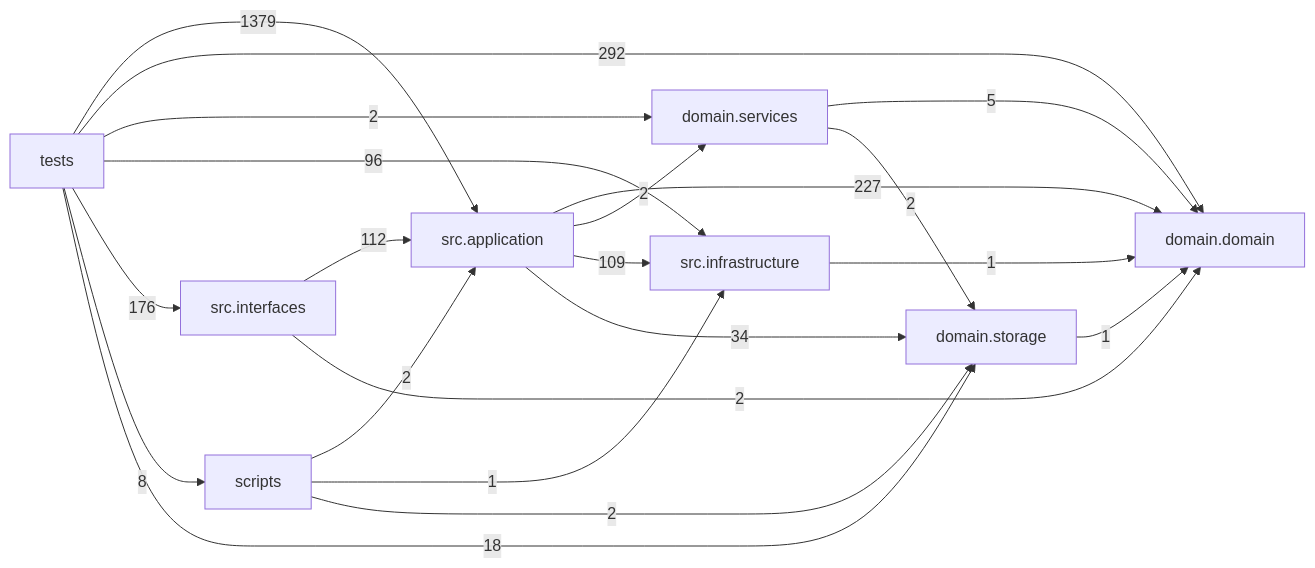
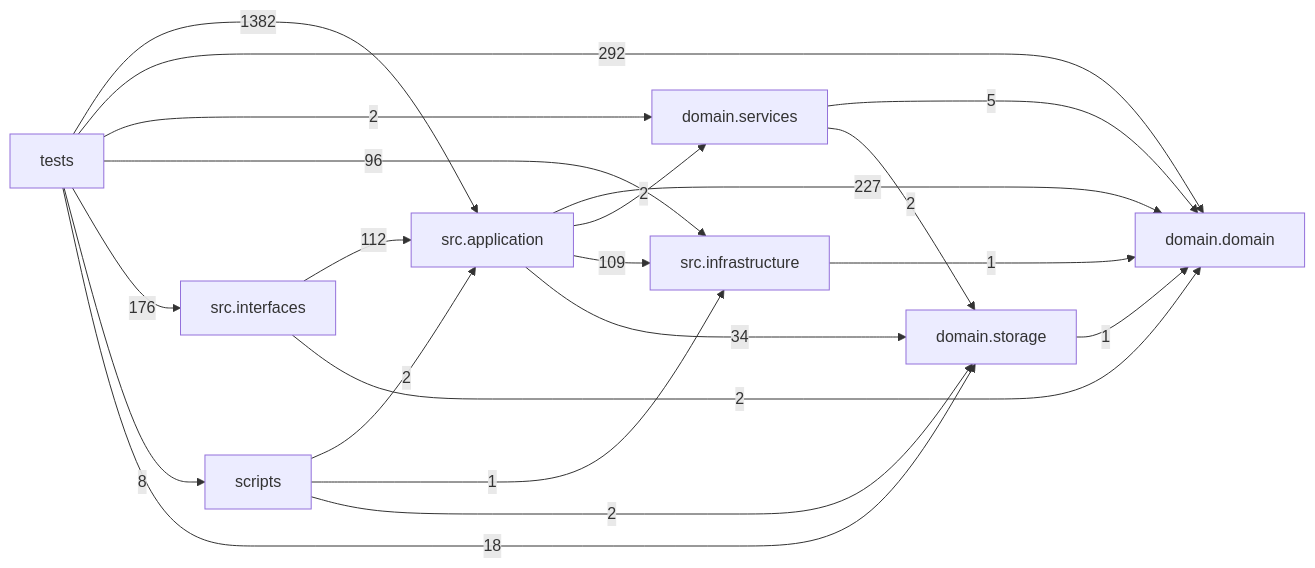
Before and after one commit to liuxie066/options-monitor: the diagram in docs/DEPENDENCY_GRAPH.md, drawn with Mermaid. The commit also changed other lines of this file and 10 other files, not shown here.

````diff
--- a/docs/DEPENDENCY_GRAPH.md
+++ b/docs/DEPENDENCY_GRAPH.md
@@ -24,31 +24,31 @@
 ```mermaid
 flowchart LR
   tests["tests"]
   scripts["scripts"]
   interfaces["src.interfaces"]
   application["src.application"]
   infrastructure["src.infrastructure"]
   domain_services["domain.services"]
   domain["domain.domain"]
   storage["domain.storage"]
   application -->|227| domain
   application -->|2| domain_services
   application -->|109| infrastructure
   application -->|34| storage
   domain_services -->|5| domain
   domain_services -->|2| storage
   infrastructure -->|1| domain
   interfaces -->|112| application
   interfaces -->|2| domain
   scripts -->|2| application
   scripts -->|1| infrastructure
   scripts -->|2| storage
   storage -->|1| domain
-  tests -->|1379| application
+  tests -->|1382| application
   tests -->|292| domain
   tests -->|2| domain_services
   tests -->|96| infrastructure
   tests -->|176| interfaces
   tests -->|8| scripts
   tests -->|18| storage
 ```
````
